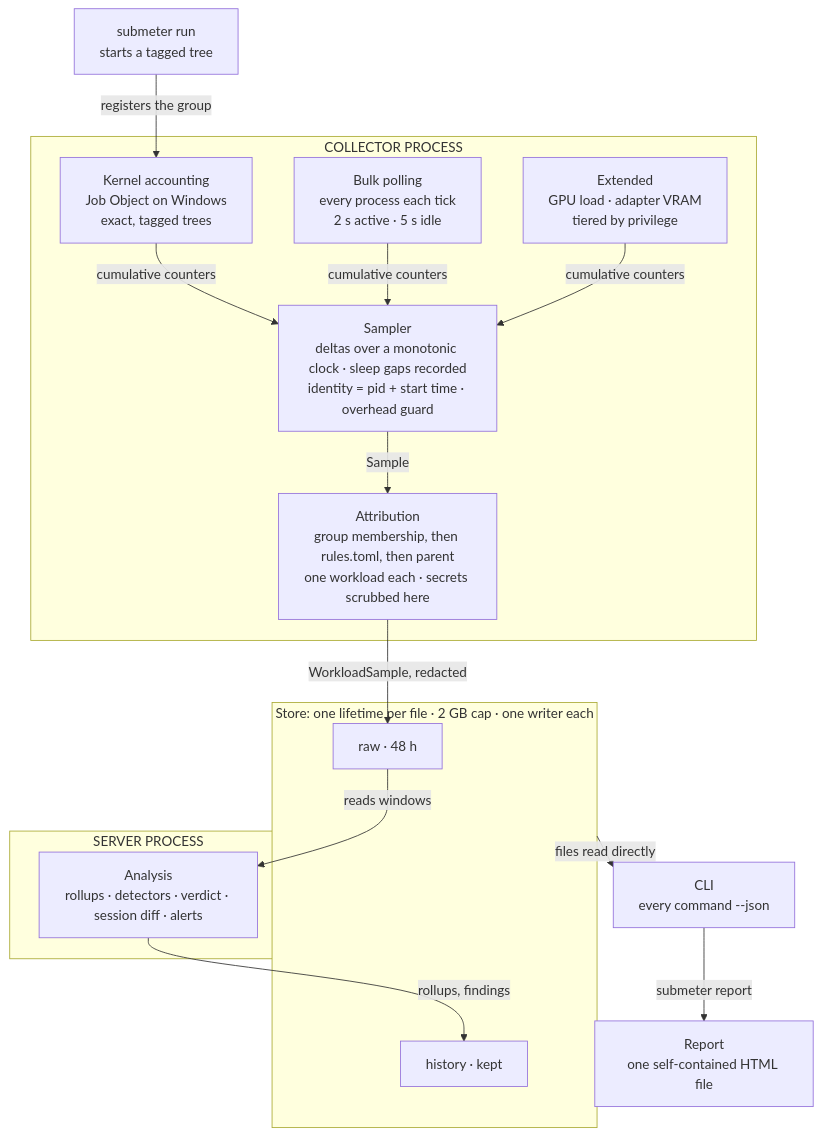
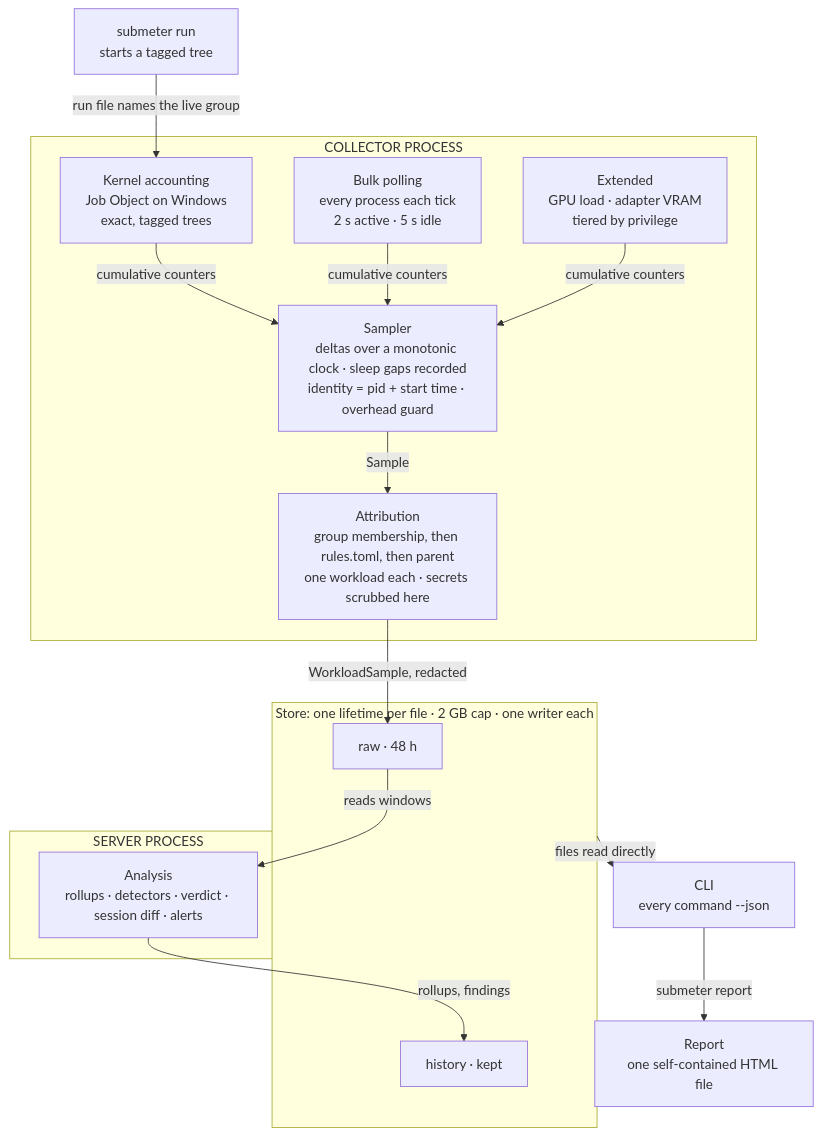
One commit to therealestmatthew/submeter-pc-monitor changed the diagram in docs/05-data-flow.md. Above: the diagram before and after it, drawn with Mermaid. The commit also changed other lines of this file and 2 other files, not shown here.

First line of the commit message:
R113: Give the run file a live and a final state, one writer, a deleter

````diff
--- a/docs/05-data-flow.md
+++ b/docs/05-data-flow.md
@@ -7,30 +7,30 @@
 ```mermaid
 flowchart TD
     run["submeter run<br/>starts a tagged tree"]
     subgraph collector["COLLECTOR PROCESS"]
         ka["Kernel accounting<br/>Job Object on Windows<br/>exact, tagged trees"]
         bp["Bulk polling<br/>every process each tick<br/>2 s active · 5 s idle"]
         ex["Extended<br/>GPU load · adapter VRAM<br/>tiered by privilege"]
         sampler["Sampler<br/>deltas over a monotonic clock · sleep gaps recorded<br/>identity = pid + start time · overhead guard"]
         attribution["Attribution<br/>group membership, then rules.toml, then parent<br/>one workload each · secrets scrubbed here"]
     end
     subgraph store["Store: one lifetime per file · 2 GB cap · one writer each"]
         raw["raw · 48 h"]
         history["history · kept"]
     end
     subgraph server["SERVER PROCESS"]
         analysis["Analysis<br/>rollups · detectors · verdict · session diff · alerts"]
     end
     cli["CLI<br/>every command --json"]
     report["Report<br/>one self-contained HTML file"]
-    run -->|registers the group| ka
+    run -->|run file names the live group| ka
     ka -->|cumulative counters| sampler
     bp -->|cumulative counters| sampler
     ex -->|cumulative counters| sampler
     sampler -->|Sample| attribution
     attribution -->|WorkloadSample, redacted| raw
     raw -->|reads windows| analysis
     analysis -->|rollups, findings| history
     store -->|files read directly| cli
     cli -->|submeter report| report
 ```
````
